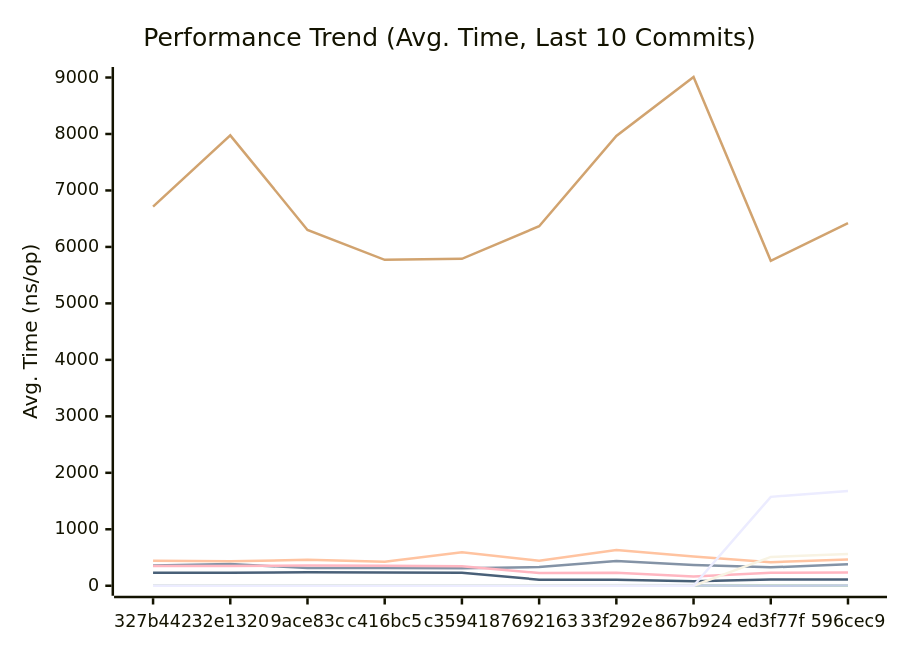
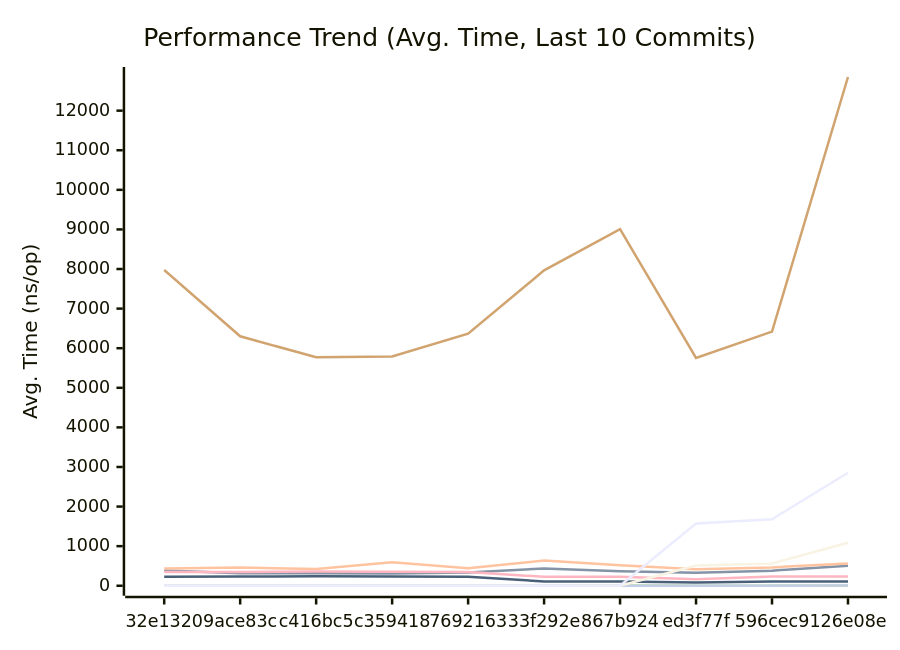
One commit to alsotoes/momo changed the first of 3 diagrams in docs/PERFORMANCE.md. Above: the diagram before and after it, drawn with Mermaid. The commit also changed other lines of this file and 1 other file, not shown here.

````diff
--- a/docs/PERFORMANCE.md
+++ b/docs/PERFORMANCE.md
@@ -128,18 +128,18 @@
 ```mermaid
 xychart-beta
     title "Performance Trend (Avg. Time, Last 10 Commits)"
     x-axis "Commit"
     y-axis "Avg. Time (ns/op)"
-    x-axis [327b442,32e1320,9ace83c,c416bc5,c359418,7692163,33f292e,867b924,ed3f77f,596cec9]
-    line "CheckMetricsAndSwap" [9,8,9,8,8,9,13,13,8,9]
-    line "CrushOptimized" [357,386,313,315,308,332,438,367,326,382]
-    line "CrushOriginal" [441,433,459,426,593,442,635,518,416,464]
-    line "IndexDirectTracking" [0,0,0,0,0,0,0,1,0,0]
-    line "IndexSearch" [3,3,3,3,3,3,3,4,2,2]
-    line "LoadGlobalConfig" [6713,7976,6301,5771,5790,6366,7966,9009,5754,6420]
-    line "PadString" [3,2,2,2,2,2,2,3,2,3]
+    x-axis [32e1320,9ace83c,c416bc5,c359418,7692163,33f292e,867b924,ed3f77f,596cec9,126e08e]
+    line "CheckMetricsAndSwap" [8,9,8,8,9,13,13,8,9,22]
+    line "CrushOptimized" [386,313,315,308,332,438,367,326,382,508]
+    line "CrushOriginal" [433,459,426,593,442,635,518,416,464,564]
+    line "IndexDirectTracking" [0,0,0,0,0,0,1,0,0,1]
+    line "IndexSearch" [3,3,3,3,3,3,4,2,2,2]
+    line "LoadGlobalConfig" [7976,6301,5771,5790,6366,7966,9009,5754,6420,12850]
+    line "PadString" [2,2,2,2,2,2,3,2,3,4]
     line "ParseReplicationOrder_NoPrealloc" [350,349,357,354,345,225,229,165,232,234]
     line "ParseReplicationOrder_Prealloc" [229,231,237,234,229,108,107,80,110,109]
-    line "SanitizeLog/Safe" [0,0,0,0,0,0,0,0,510,564]
-    line "SanitizeLog/Unsafe" [0,0,0,0,0,0,0,0,1574,1680]
+    line "SanitizeLog/Safe" [0,0,0,0,0,0,0,510,564,1086]
+    line "SanitizeLog/Unsafe" [0,0,0,0,0,0,0,1574,1680,2855]
 ```
````
